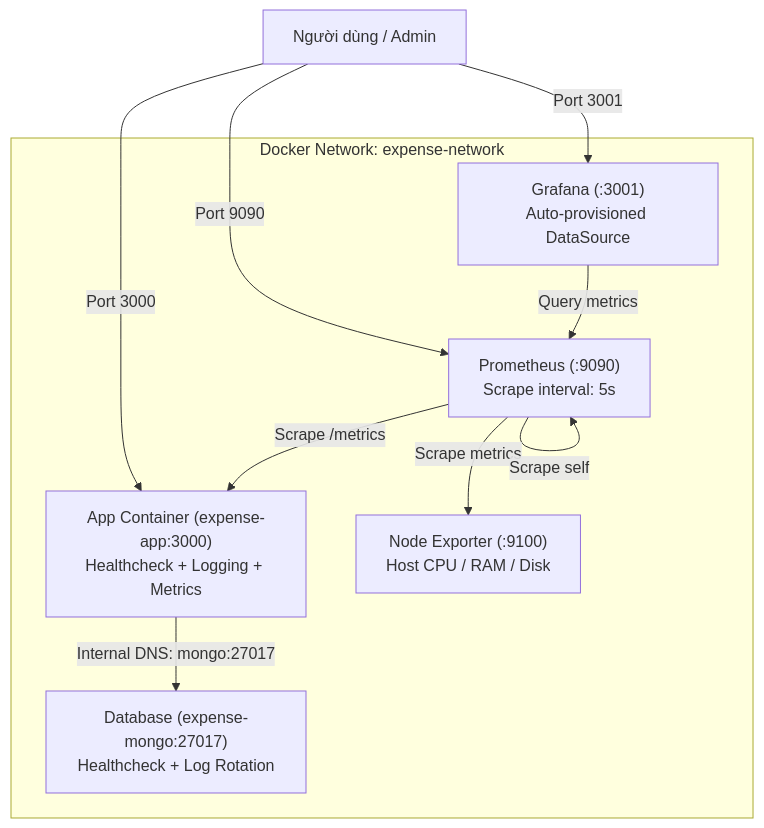
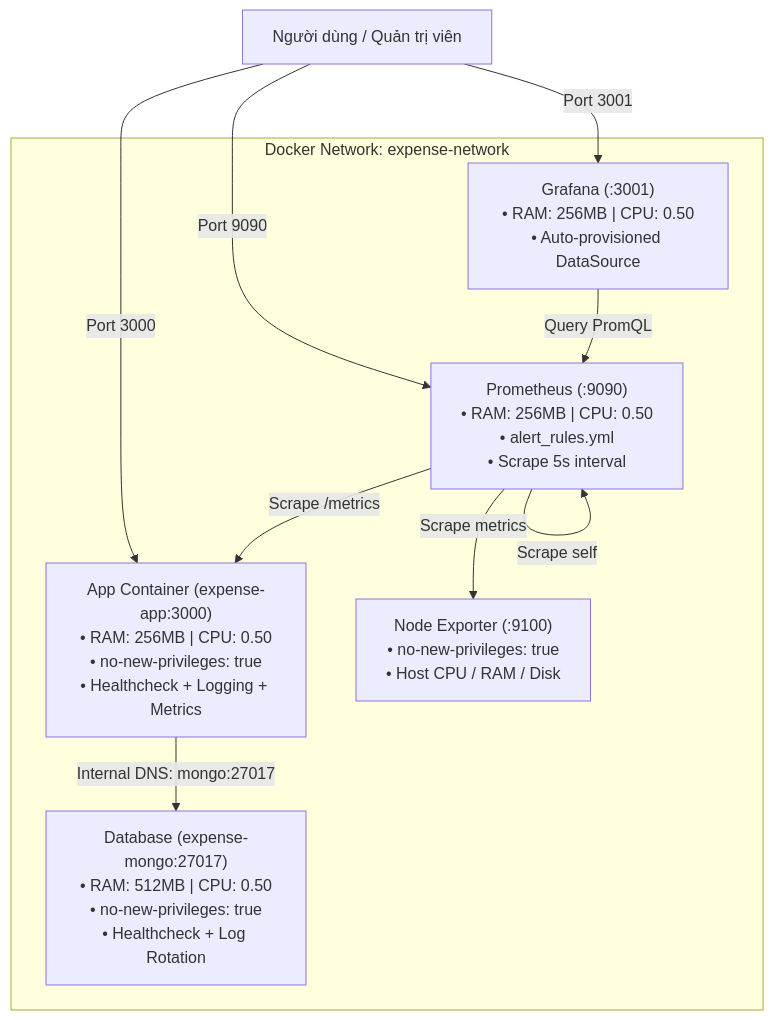
One commit to Catra12/Quan-Li-Chi-Tieu changed the diagram in README.md. Above: the diagram before and after it, drawn with Mermaid. The commit also changed other lines of this file and 12 other files, not shown here.

````diff
--- a/README.md
+++ b/README.md
@@ -75,20 +84,20 @@
 ```mermaid
 flowchart TD
     subgraph expense-network [Docker Network: expense-network]
-        App["App Container (expense-app:3000)<br>Healthcheck + Logging + Metrics"]
-        Mongo["Database (expense-mongo:27017)<br>Healthcheck + Log Rotation"]
-        NodeExp["Node Exporter (:9100)<br>Host CPU / RAM / Disk"]
-        Prom["Prometheus (:9090)<br>Scrape interval: 5s"]
-        Graf["Grafana (:3001)<br>Auto-provisioned DataSource"]
+        App["App Container (expense-app:3000)<br>• RAM: 256MB | CPU: 0.50<br>• no-new-privileges: true<br>• Healthcheck + Logging + Metrics"]
+        Mongo["Database (expense-mongo:27017)<br>• RAM: 512MB | CPU: 0.50<br>• no-new-privileges: true<br>• Healthcheck + Log Rotation"]
+        NodeExp["Node Exporter (:9100)<br>• no-new-privileges: true<br>• Host CPU / RAM / Disk"]
+        Prom["Prometheus (:9090)<br>• RAM: 256MB | CPU: 0.50<br>• alert_rules.yml<br>• Scrape 5s interval"]
+        Graf["Grafana (:3001)<br>• RAM: 256MB | CPU: 0.50<br>• Auto-provisioned DataSource"]
     end
 
-    HostUser["Người dùng / Admin"] -->|Port 3000| App
+    HostUser["Người dùng / Quản trị viên"] -->|Port 3000| App
     HostUser -->|Port 3001| Graf
     HostUser -->|Port 9090| Prom
 
     App -->|Internal DNS: mongo:27017| Mongo
     Prom -->|Scrape /metrics| App
     Prom -->|Scrape metrics| NodeExp
     Prom -->|Scrape self| Prom
-    Graf -->|Query metrics| Prom
+    Graf -->|Query PromQL| Prom
 ```
````
